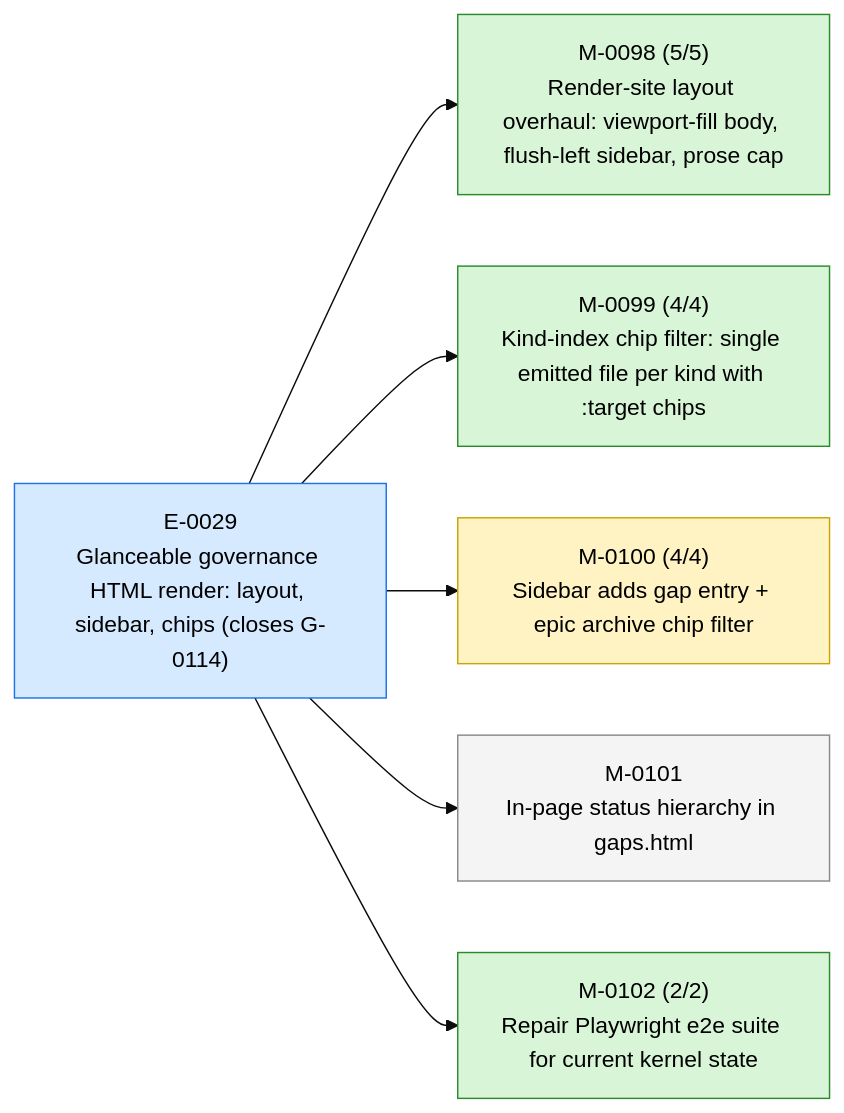
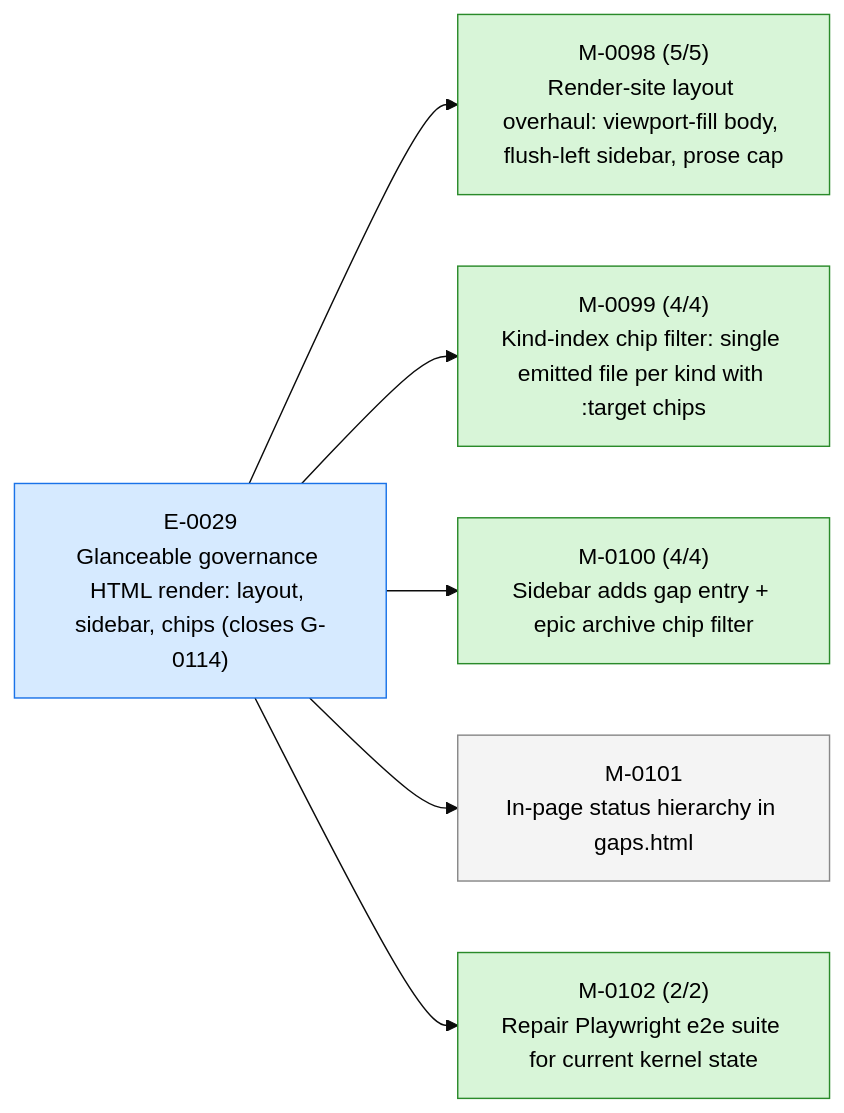
The first of 3 diagrams in STATUS.md (23min/aiwf), drawn with Mermaid (base theme) before and after one commit. The commit also changed other lines of this file and 1 other file, not shown here.

First line of the commit message:
aiwf promote M-0100 in_progress -> done

````diff
--- a/STATUS.md
+++ b/STATUS.md
@@ -17,20 +17,20 @@
 ```mermaid
 flowchart LR
   E_0029["E-0029<br/>Glanceable governance HTML render: layout, sidebar, chips (closes G-0114)"]:::epic_active
   M_0098["M-0098 (5/5)<br/>Render-site layout overhaul: viewport-fill body, flush-left sidebar, prose cap"]:::ms_done
   E_0029 --> M_0098
   M_0099["M-0099 (4/4)<br/>Kind-index chip filter: single emitted file per kind with :target chips"]:::ms_done
   E_0029 --> M_0099
-  M_0100["M-0100 (4/4)<br/>Sidebar adds gap entry + epic archive chip filter"]:::ms_in_progress
+  M_0100["M-0100 (4/4)<br/>Sidebar adds gap entry + epic archive chip filter"]:::ms_done
   E_0029 --> M_0100
   M_0101["M-0101<br/>In-page status hierarchy in gaps.html"]:::ms_draft
   E_0029 --> M_0101
   M_0102["M-0102 (2/2)<br/>Repair Playwright e2e suite for current kernel state"]:::ms_done
   E_0029 --> M_0102
   classDef epic_active fill:#d6eaff,stroke:#1a73e8,color:#000
   classDef epic_proposed fill:#f4f4f4,stroke:#888,color:#000
   classDef ms_done fill:#d8f5d8,stroke:#2a8a2a,color:#000
   classDef ms_in_progress fill:#fff3c4,stroke:#caa400,color:#000
   classDef ms_draft fill:#f4f4f4,stroke:#888,color:#000
   classDef ms_cancelled fill:#fbeaea,stroke:#c33,color:#000
 ```
````
